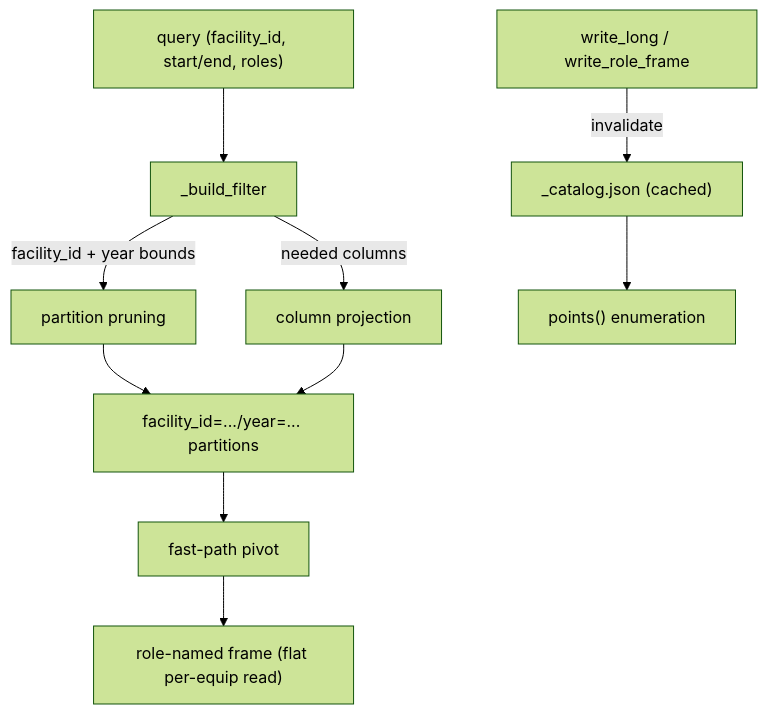
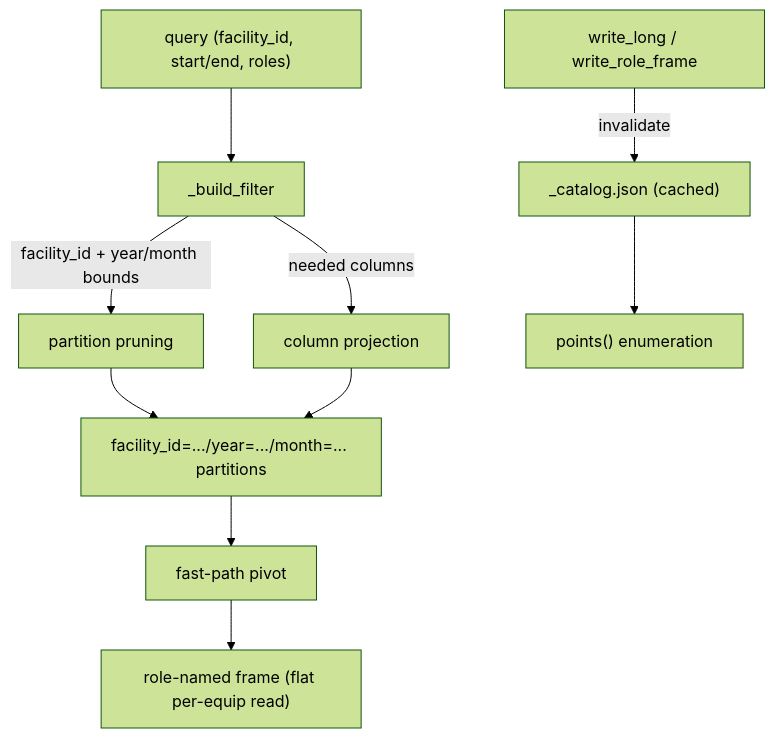
Before and after one commit to yroussev/camber: the diagram in docs/SCALE.md, drawn with Mermaid (forest theme). The commit also changed other lines of this file and 13 other files, not shown here.

````diff
--- a/docs/SCALE.md
+++ b/docs/SCALE.md
@@ -8,12 +8,12 @@
 ```mermaid
 flowchart TD
   q["query (facility_id, start/end, roles)"] --> flt["_build_filter"]
-  flt -- facility_id + year bounds --> prune["partition pruning"]
+  flt -- facility_id + year/month bounds --> prune["partition pruning"]
   flt -- needed columns --> proj["column projection"]
-  prune --> part["facility_id=.../year=... partitions"]
+  prune --> part["facility_id=.../year=.../month=... partitions"]
   proj --> part
   part --> pivot["fast-path pivot"]
   pivot --> frame["role-named frame (flat per-equip read)"]
   write["write_long / write_role_frame"] -- invalidate --> cat["_catalog.json (cached)"]
   cat --> points["points() enumeration"]
 ```
````
